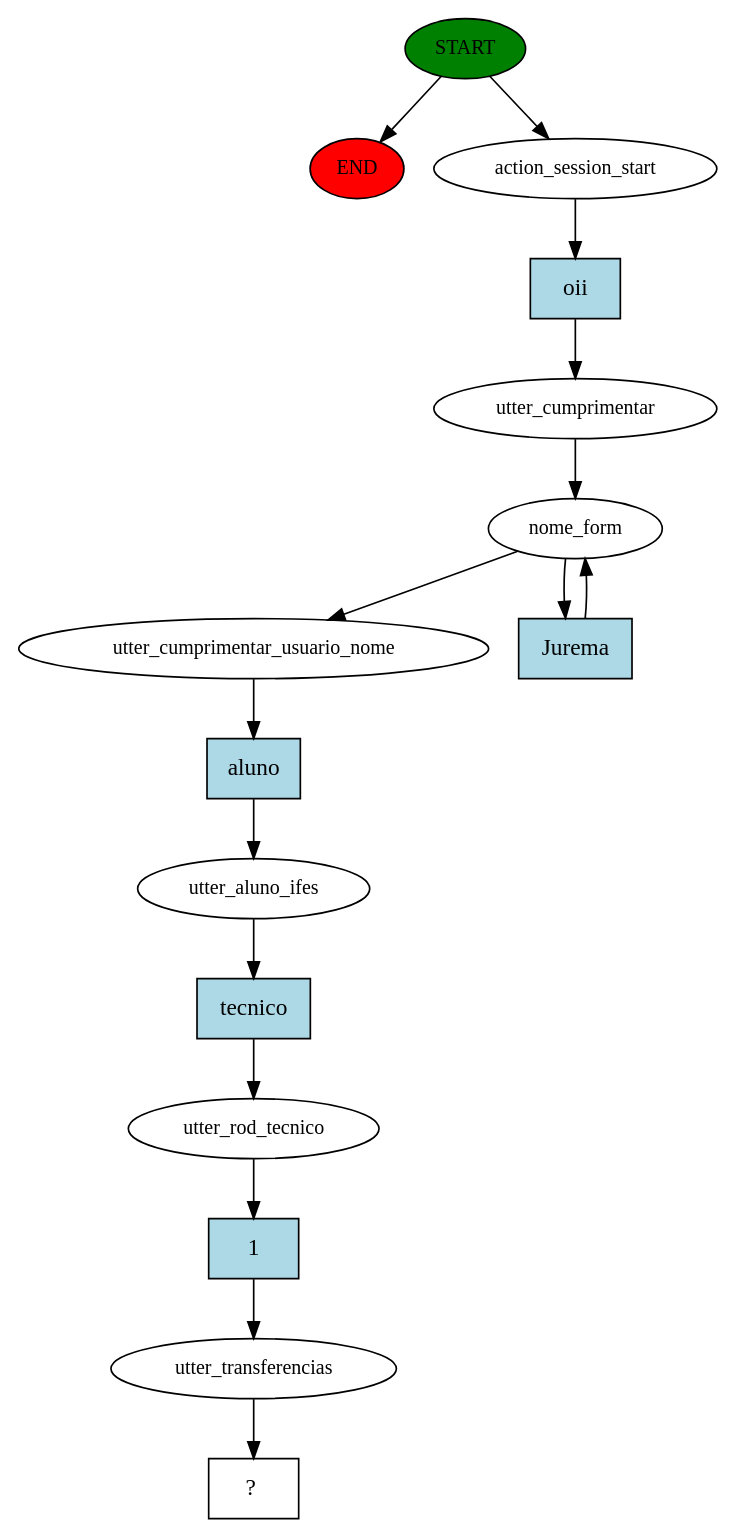
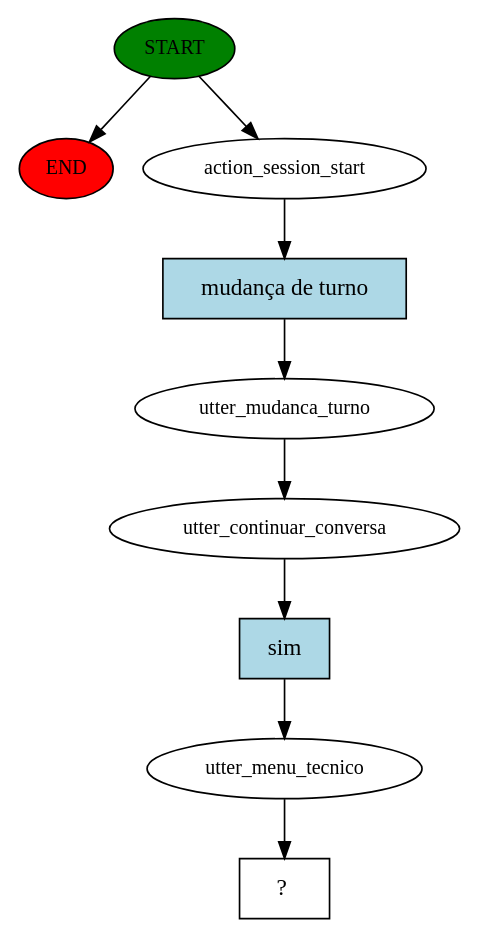
One commit to LarAguilar/ifes.talk changed the diagram in story_graph.dot. Above: the diagram before and after it, drawn with Graphviz. The commit also changed 5 other files, not shown here.

```diff
--- a/story_graph.dot
+++ b/story_graph.dot
@@ -1,32 +1,19 @@
 digraph  {
 0 [class="start active", fillcolor=green, fontsize=12, label=START, style=filled];
 "-1" [class=end, fillcolor=red, fontsize=12, label=END, style=filled];
 1 [class=active, fontsize=12, label=action_session_start];
-2 [class=active, fontsize=12, label=utter_cumprimentar];
-3 [class=active, fontsize=12, label=nome_form];
-5 [class=active, fontsize=12, label=utter_cumprimentar_usuario_nome];
-6 [class=active, fontsize=12, label=utter_aluno_ifes];
-7 [class=active, fontsize=12, label=utter_rod_tecnico];
-8 [class=active, fontsize=12, label=utter_transferencias];
-9 [class="intent dashed active", label="  ?  ", shape=rect];
-10 [class="intent active", fillcolor=lightblue, label=oii, shape=rect, style=filled];
-11 [class="intent active", fillcolor=lightblue, label=Jurema, shape=rect, style=filled];
-12 [class="intent active", fillcolor=lightblue, label=aluno, shape=rect, style=filled];
-13 [class="intent active", fillcolor=lightblue, label=tecnico, shape=rect, style=filled];
-14 [class="intent active", fillcolor=lightblue, label=1, shape=rect, style=filled];
+2 [class=active, fontsize=12, label=utter_mudanca_turno];
+3 [class=active, fontsize=12, label=utter_continuar_conversa];
+4 [class=active, fontsize=12, label=utter_menu_tecnico];
+5 [class="intent dashed active", label="  ?  ", shape=rect];
+6 [class="intent active", fillcolor=lightblue, label="mudança de turno", shape=rect, style=filled];
+7 [class="intent active", fillcolor=lightblue, label=sim, shape=rect, style=filled];
 0 -> "-1"  [class="", key=NONE, label=""];
 0 -> 1  [class=active, key=NONE, label=""];
-1 -> 10  [class=active, key=0];
+1 -> 6  [class=active, key=0];
 2 -> 3  [class=active, key=NONE, label=""];
-3 -> 5  [class=active, key=NONE, label=""];
-3 -> 11  [class=active, key=0];
-5 -> 12  [class=active, key=0];
-6 -> 13  [class=active, key=0];
-7 -> 14  [class=active, key=0];
-8 -> 9  [class=active, key=NONE, label=""];
-10 -> 2  [class=active, key=0];
-11 -> 3  [class=active, key=0];
-12 -> 6  [class=active, key=0];
-13 -> 7  [class=active, key=0];
-14 -> 8  [class=active, key=0];
+3 -> 7  [class=active, key=0];
+4 -> 5  [class=active, key=NONE, label=""];
+6 -> 2  [class=active, key=0];
+7 -> 4  [class=active, key=0];
 }
```
